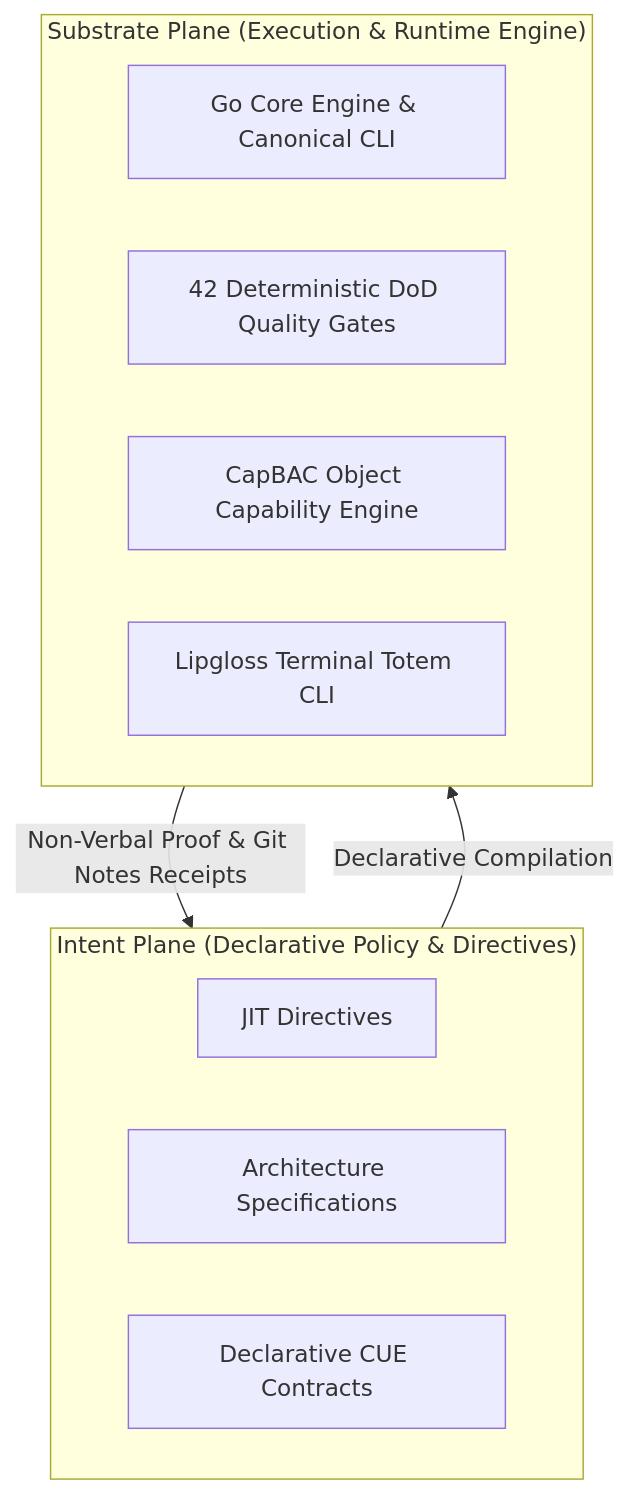
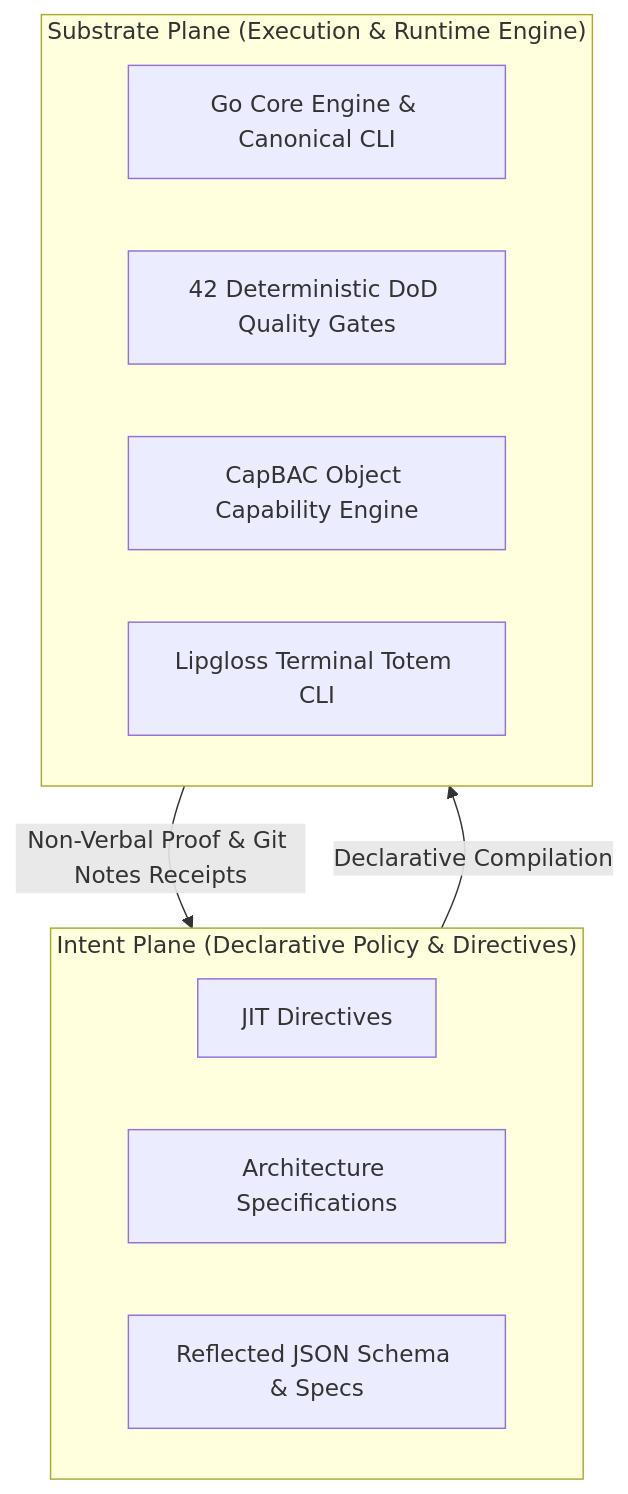
Before and after one commit to mgantlett/nomos: the diagram in intent/intent.md, drawn with Mermaid. The commit also changed other lines of this file and 59 other files, not shown here.

````diff
--- a/intent/intent.md
+++ b/intent/intent.md
@@ -57,18 +57,18 @@
 ```mermaid
 flowchart TD
     subgraph IntentPlane["Intent Plane (Declarative Policy & Directives)"]
         Directives["JIT Directives"]
         Specs["Architecture Specifications"]
-        Contracts["Declarative CUE Contracts"]
+        Contracts["Reflected JSON Schema & Specs"]
     end
 
     subgraph SubstratePlane["Substrate Plane (Execution & Runtime Engine)"]
         GoCore["Go Core Engine & Canonical CLI"]
         Verify["42 Deterministic DoD Quality Gates"]
         CapBAC["CapBAC Object Capability Engine"]
         TerminalTotem["Lipgloss Terminal Totem CLI"]
     end
 
     IntentPlane -->|"Declarative Compilation"| SubstratePlane
     SubstratePlane -->|"Non-Verbal Proof & Git Notes Receipts"| IntentPlane
 ```
````
